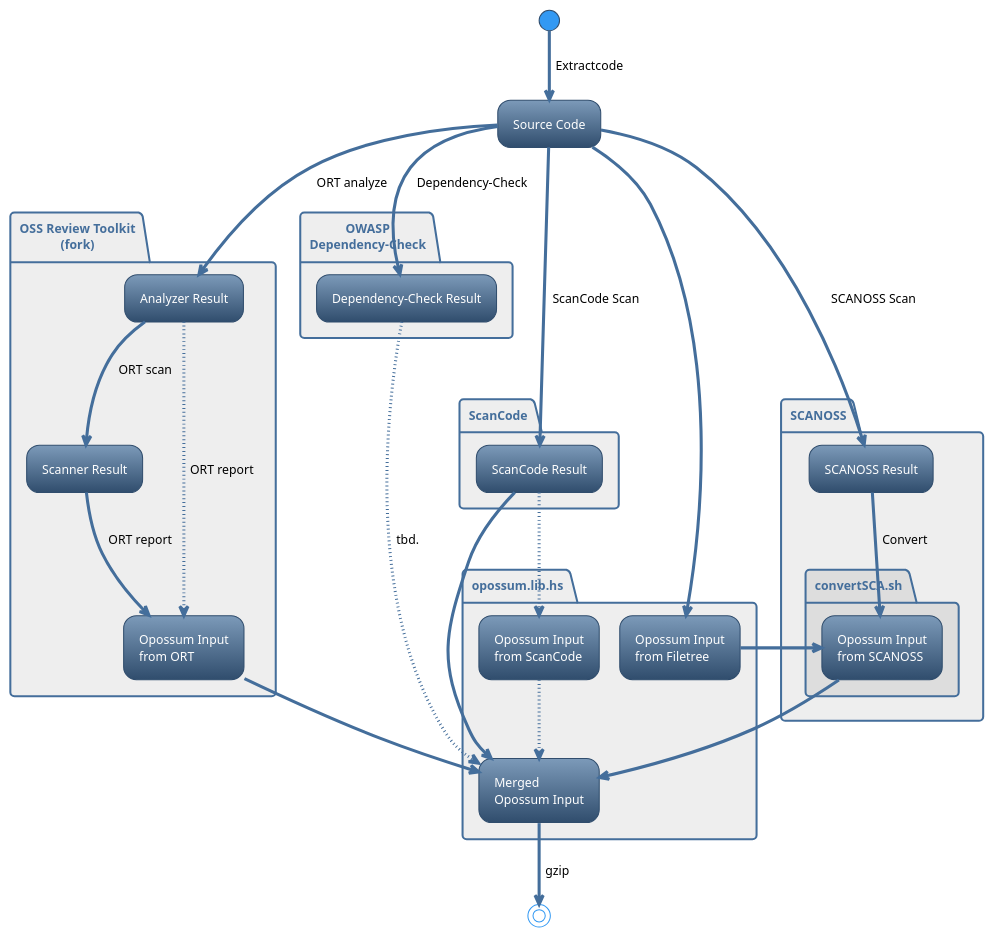
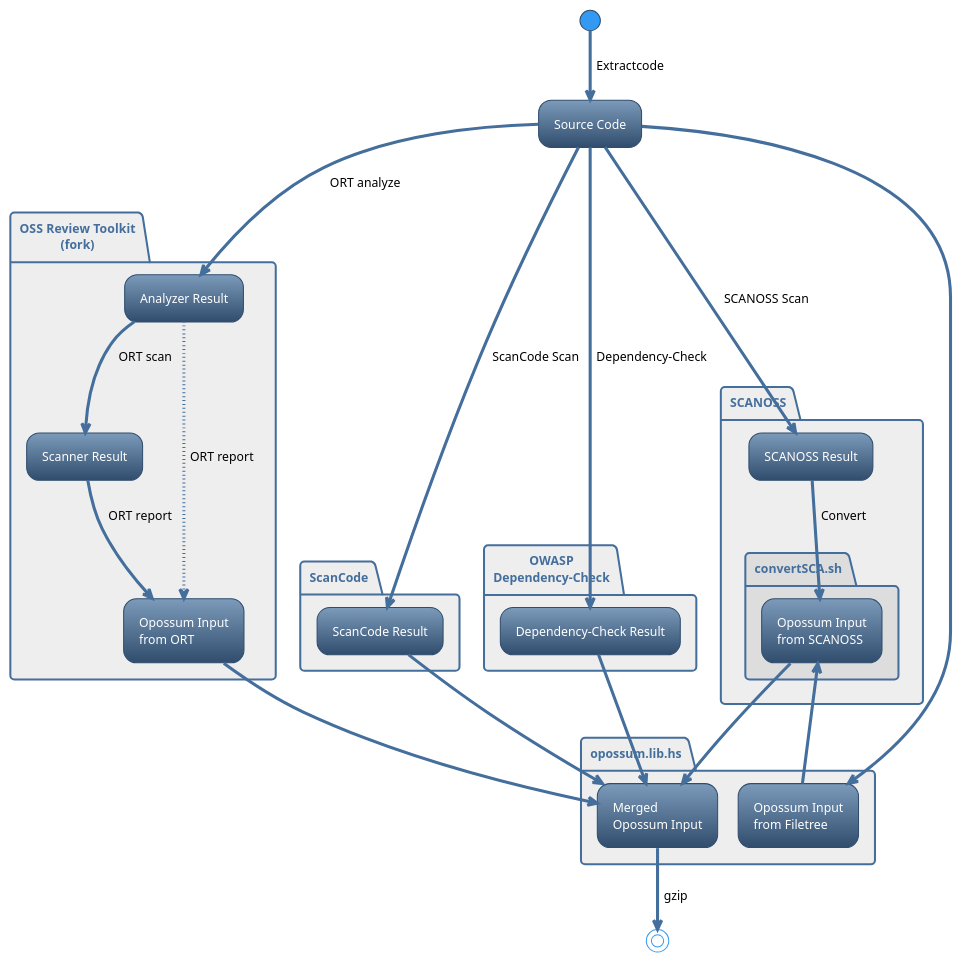
One commit to opossum-tool/aioc changed the diagram in README.puml. Above: the diagram before and after it, drawn with PlantUML. The commit also changed 4 other files, not shown here.

```diff
--- a/README.puml
+++ b/README.puml
@@ -1,47 +1,47 @@
 @startuml
 
 !theme spacelab
 skinparam ArrowFontColor #000000
 
 (*) -->[Extractcode] "Source Code"
 
 partition "OSS Review Toolkit\n(fork)" #eeeeee {
     "Source Code" -->[ORT analyze] "Analyzer Result"
     "Analyzer Result" -->[ORT scan] "Scanner Result"
     "Analyzer Result" ...>[ORT report] "Opossum Input\nfrom ORT"
     "Scanner Result" -->[ORT report] "Opossum Input\nfrom ORT"
 }
 
 partition ScanCode #eeeeee {
-    "Source Code" -->[ScanCode Scan] "ScanCode Result"
+    "Source Code" --->[ScanCode Scan] "ScanCode Result"
 }
 
 partition "OWASP\nDependency-Check" #eeeeee {
-    "Source Code" -->[Dependency-Check] "Dependency-Check Result"
+    "Source Code" --->[Dependency-Check] "Dependency-Check Result"
 }
 
 partition SCANOSS #eeeeee {
     "Source Code" --->[SCANOSS Scan] "SCANOSS Result"
     partition convertSCA.sh #dddddd {
         "SCANOSS Result" -->[Convert] "Opossum Input\nfrom SCANOSS"
     }
 }
 
 partition opossum.lib.hs #eeeeee {
     "Source Code" ---> "Opossum Input\nfrom Filetree"
 
-    "ScanCode Result" ..> "Opossum Input\nfrom ScanCode"
-    "Opossum Input\nfrom ScanCode" ..> "Merged\nOpossum Input"
+    ' "ScanCode Result" ..> "Opossum Input\nfrom ScanCode"
+    ' "Opossum Input\nfrom ScanCode" ..> "Merged\nOpossum Input"
     "Opossum Input\nfrom ORT" --> "Merged\nOpossum Input"
     "ScanCode Result" --> "Merged\nOpossum Input"
     "Opossum Input\nfrom SCANOSS" --> "Merged\nOpossum Input"
-    "Dependency-Check Result" ..>[tbd.] "Merged\nOpossum Input"
+    "Dependency-Check Result" --> "Merged\nOpossum Input"
 }
 
 partition SCANOSS #eeeeee {
     "Opossum Input\nfrom Filetree" --> "Opossum Input\nfrom SCANOSS"
 }
 
 "Merged\nOpossum Input" -->[gzip] (*)
 
 @enduml
```
